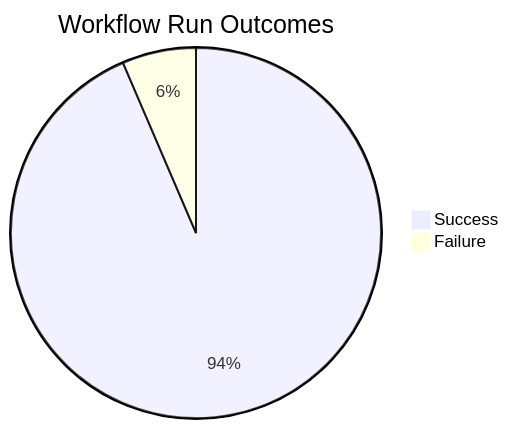
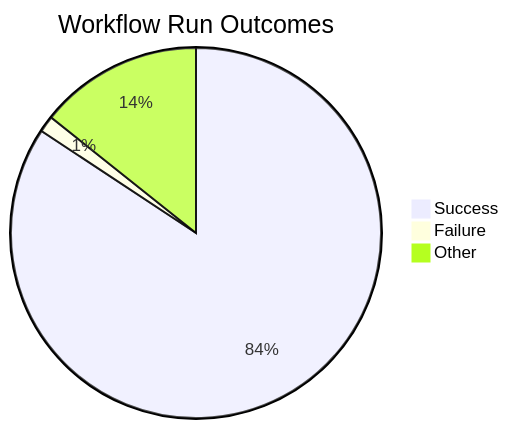
Before and after one commit to ukma-cs-ssdm-2025/rate-ukma: the first of 4 diagrams in docs/ci-cd/dora-summary.md, drawn with Mermaid. The commit also changed other lines of this file, not shown here.

````diff
--- a/docs/ci-cd/dora-summary.md
+++ b/docs/ci-cd/dora-summary.md
@@ -22,5 +22,6 @@
 ```mermaid
 pie title Workflow Run Outcomes
-    "Success" : 29
-    "Failure" : 2
+    "Success" : 59
+    "Failure" : 1
+    "Other" : 10
 ```
````
